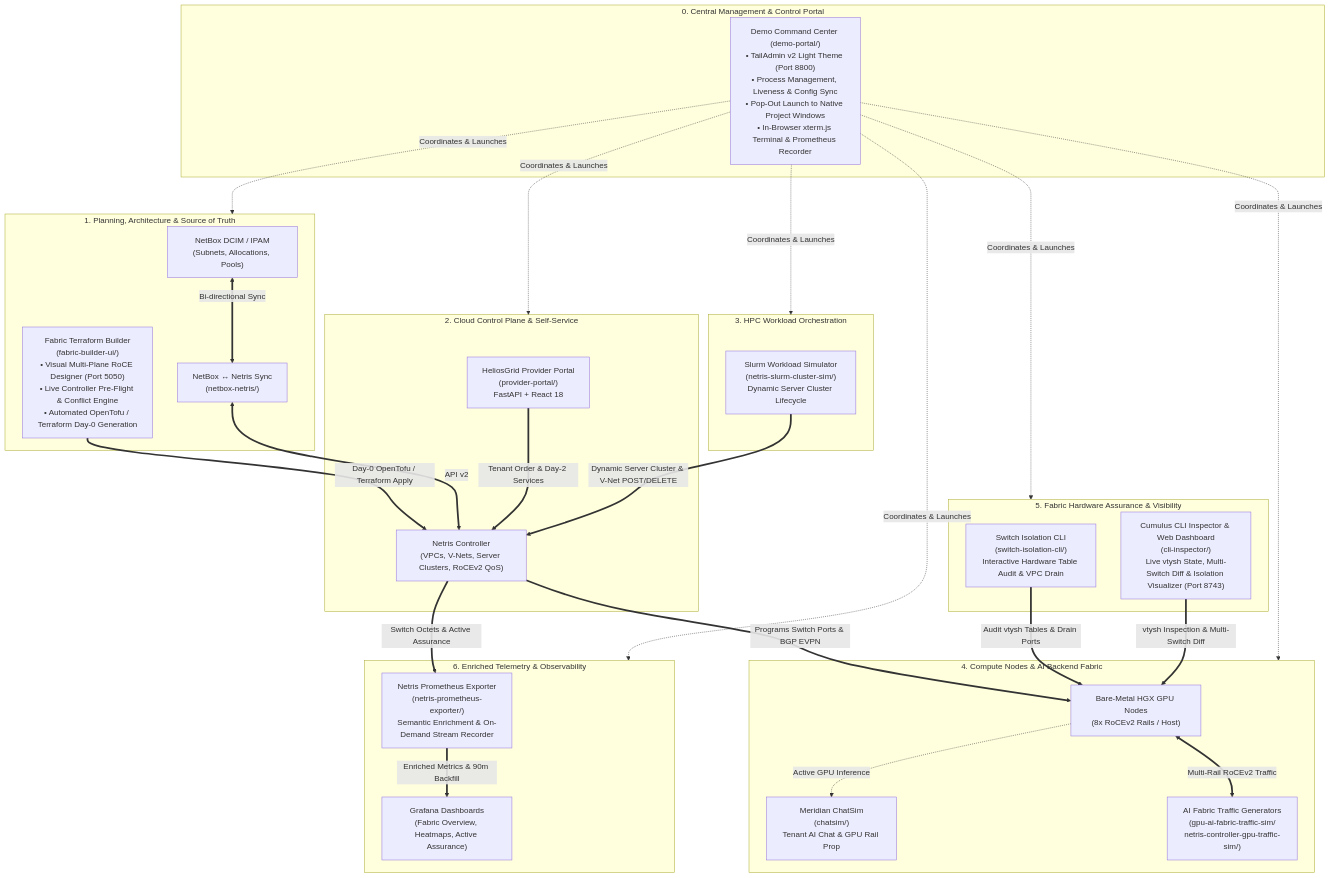
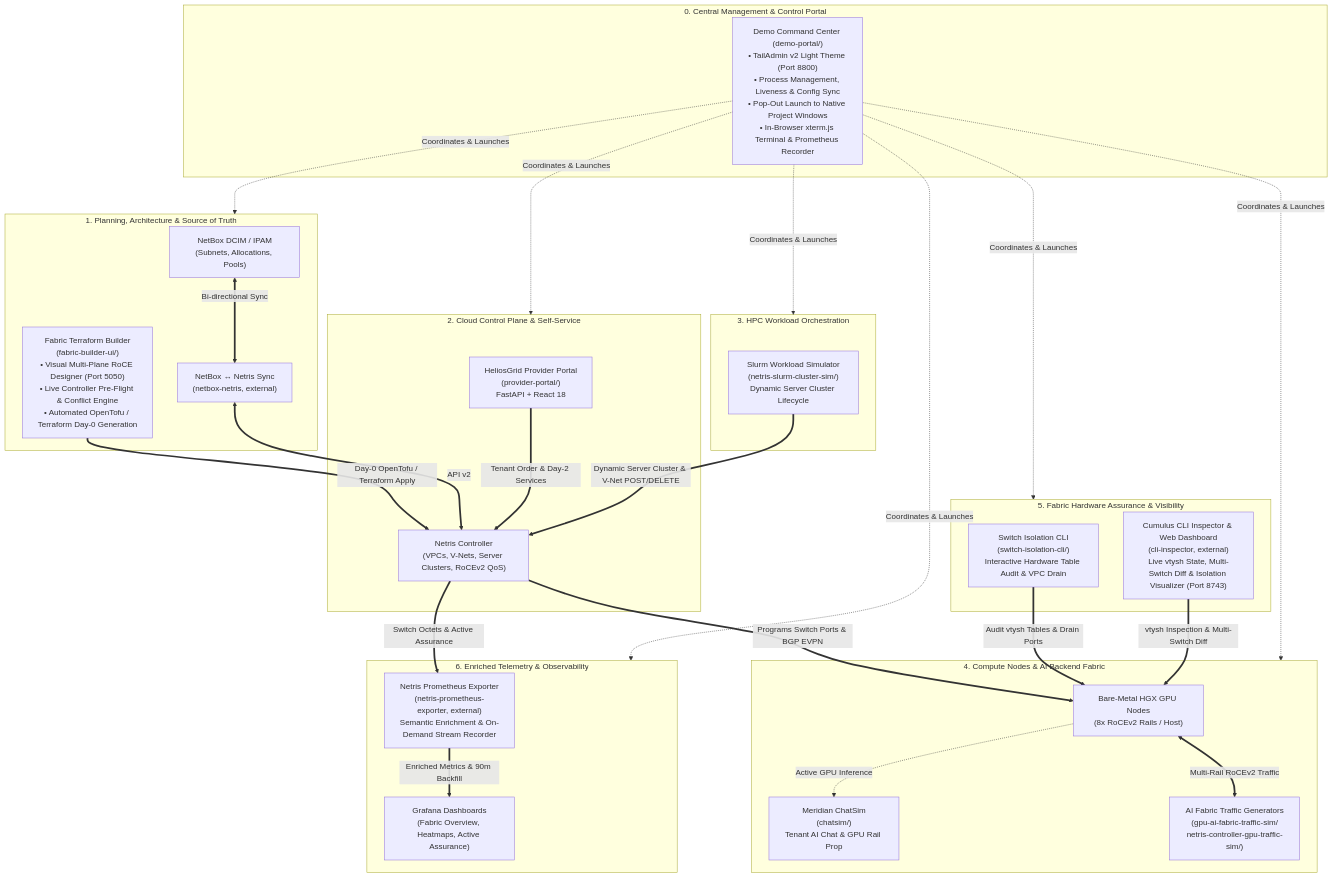
One commit to iamjarvs/netris_demo_portal changed the first of 2 diagrams in README.md. Above: the diagram before and after it, drawn with Mermaid. The commit also changed other lines of this file and 157 other files, not shown here.

````diff
--- a/README.md
+++ b/README.md
@@ -22,51 +22,51 @@
 ```mermaid
 graph TB
     subgraph ManagementHub ["0. Central Management & Control Portal"]
         CommandCenter["Demo Command Center (demo-portal/)<br/>• TailAdmin v2 Light Theme (Port 8800)<br/>• Process Management, Liveness & Config Sync<br/>• Pop-Out Launch to Native Project Windows<br/>• In-Browser xterm.js Terminal & Prometheus Recorder"]
     end
 
     subgraph Planning ["1. Planning, Architecture & Source of Truth"]
         NetBox["NetBox DCIM / IPAM<br/>(Subnets, Allocations, Pools)"]
-        SyncService["NetBox ↔ Netris Sync<br/>(netbox-netris/)"]
+        SyncService["NetBox ↔ Netris Sync<br/>(netbox-netris, external)"]
         FabricBuilder["Fabric Terraform Builder<br/>(fabric-builder-ui/)<br/>• Visual Multi-Plane RoCE Designer (Port 5050)<br/>• Live Controller Pre-Flight & Conflict Engine<br/>• Automated OpenTofu / Terraform Day-0 Generation"]
     end
 
     subgraph ControlPlane ["2. Cloud Control Plane & Self-Service"]
         Portal["HeliosGrid Provider Portal<br/>(provider-portal/)<br/>FastAPI + React 18"]
         NetrisCTL["Netris Controller<br/>(VPCs, V-Nets, Server Clusters, RoCEv2 QoS)"]
     end
 
     subgraph Orchestration ["3. HPC Workload Orchestration"]
         Slurm["Slurm Workload Simulator<br/>(netris-slurm-cluster-sim/)<br/>Dynamic Server Cluster Lifecycle"]
     end
 
     subgraph ComputeFabric ["4. Compute Nodes & AI Backend Fabric"]
         HGX["Bare-Metal HGX GPU Nodes<br/>(8x RoCEv2 Rails / Host)"]
         Meridian["Meridian ChatSim<br/>(chatsim/)<br/>Tenant AI Chat & GPU Rail Prop"]
         TrafficSim["AI Fabric Traffic Generators<br/>(gpu-ai-fabric-traffic-sim/<br/>netris-controller-gpu-traffic-sim/)"]
     end
 
     subgraph Assurance ["5. Fabric Hardware Assurance & Visibility"]
         IsolationTool["Switch Isolation CLI<br/>(switch-isolation-cli/)<br/>Interactive Hardware Table Audit & VPC Drain"]
-        CLIInspector["Cumulus CLI Inspector & Web Dashboard<br/>(cli-inspector/)<br/>Live vtysh State, Multi-Switch Diff & Isolation Visualizer (Port 8743)"]
+        CLIInspector["Cumulus CLI Inspector & Web Dashboard<br/>(cli-inspector, external)<br/>Live vtysh State, Multi-Switch Diff & Isolation Visualizer (Port 8743)"]
     end
 
     subgraph Observability ["6. Enriched Telemetry & Observability"]
-        Exporter["Netris Prometheus Exporter<br/>(netris-prometheus-exporter/)<br/>Semantic Enrichment & On-Demand Stream Recorder"]
+        Exporter["Netris Prometheus Exporter<br/>(netris-prometheus-exporter, external)<br/>Semantic Enrichment & On-Demand Stream Recorder"]
         Dashboards["Grafana Dashboards<br/>(Fabric Overview, Heatmaps, Active Assurance)"]
     end
 
     CommandCenter -.->|Coordinates & Launches| Planning & ControlPlane & Orchestration & ComputeFabric & Assurance & Observability
     FabricBuilder ==>|Day-0 OpenTofu / Terraform Apply| NetrisCTL
     NetBox <==>|Bi-directional Sync| SyncService
     SyncService <==>|API v2| NetrisCTL
     Portal ==>|Tenant Order & Day-2 Services| NetrisCTL
     Slurm ==>|Dynamic Server Cluster & V-Net POST/DELETE| NetrisCTL
     NetrisCTL ==>|Programs Switch Ports & BGP EVPN| HGX
     HGX -.->|Active GPU Inference| Meridian
     HGX <==>|Multi-Rail RoCEv2 Traffic| TrafficSim
     IsolationTool ==>|Audit vtysh Tables & Drain Ports| HGX
     CLIInspector ==>|vtysh Inspection & Multi-Switch Diff| HGX
     NetrisCTL ==>|Switch Octets & Active Assurance| Exporter
     Exporter ==>|Enriched Metrics & 90m Backfill| Dashboards
 ```
````
